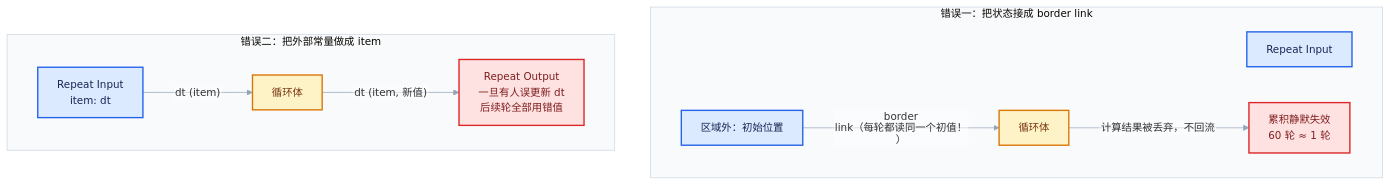
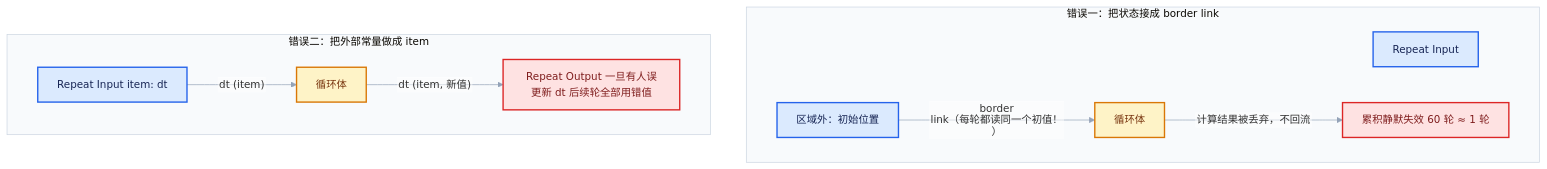
One commit to yunkezengren/blender-.vscode changed diagram 12 of 16 in 杂/markdown/重复区域-dsh/06-实战与性能/01-使用模式与迭代设计.md. Above: the diagram before and after it, drawn with Mermaid. The commit also changed other lines of this file and 27 other files, not shown here.

````diff
--- a/杂/markdown/重复区域-dsh/06-实战与性能/01-使用模式与迭代设计.md
+++ b/杂/markdown/重复区域-dsh/06-实战与性能/01-使用模式与迭代设计.md
@@ -701,25 +684,25 @@
 ```mermaid
 %%{init: {"theme":"base","themeVariables":{"fontFamily":"\"Segoe UI\",\"Microsoft YaHei\",sans-serif","fontSize":"15px","lineColor":"#94A3B8","edgeLabelBackground":"#FFFFFF","clusterBkg":"#F8FAFC","clusterBorder":"#CBD5E1"},"flowchart":{"htmlLabels":false,"curve":"basis","nodeSpacing":52,"rankSpacing":64,"padding":14,"diagramPadding":16,"useMaxWidth":true},"sequence":{"useMaxWidth":true,"wrap":true,"mirrorActors":false,"messageMargin":36}}}%%
 flowchart TB
     subgraph WRONG1["错误一：把状态接成 border link"]
         R1["Repeat Input"]:::input
         B1["循环体"]:::compute
         EXT1["区域外：初始位置"]:::input
         EXT1 -- "border link（每轮都读同一个初值！）" --> B1
-        B1 -- "计算结果被丢弃，不回流" --> LOSE["累积静默失效<br/>60 轮 ≈ 1 轮"]:::error
+        B1 -- "计算结果被丢弃，不回流" --> LOSE["累积静默失效 60 轮 ≈ 1 轮"]:::error
     end
 
     subgraph WRONG2["错误二：把外部常量做成 item"]
-        R2["Repeat Input<br/>item: dt"]:::input
+        R2["Repeat Input item: dt"]:::input
         B2["循环体"]:::compute
         R2 -- "dt (item)" --> B2
-        B2 -- "dt (item, 新值)" --> W2["Repeat Output<br/>一旦有人误更新 dt<br/>后续轮全部用错值"]:::error
+        B2 -- "dt (item, 新值)" --> W2["Repeat Output 一旦有人误更新 dt 后续轮全部用错值"]:::error
     end
 
     classDef input fill:#DBEAFE,stroke:#2563EB,color:#172554,stroke-width:2px;
     classDef data fill:#CFFAFE,stroke:#0891B2,color:#164E63,stroke-width:2px;
     classDef abstraction fill:#EDE9FE,stroke:#7C3AED,color:#3B0764,stroke-width:2px;
     classDef compute fill:#FEF3C7,stroke:#D97706,color:#78350F,stroke-width:2px;
     classDef result fill:#DCFCE7,stroke:#16A34A,color:#14532D,stroke-width:2px;
     classDef error fill:#FEE2E2,stroke:#DC2626,color:#7F1D1D,stroke-width:2px;
 ```
````
